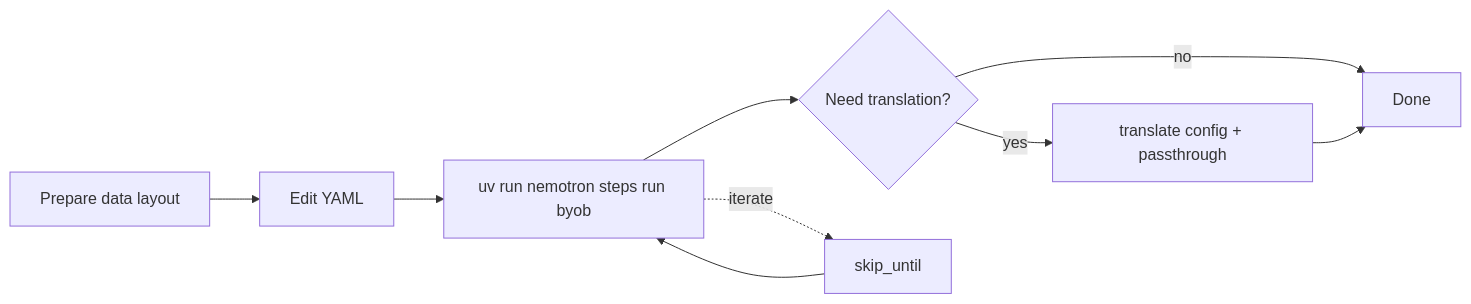
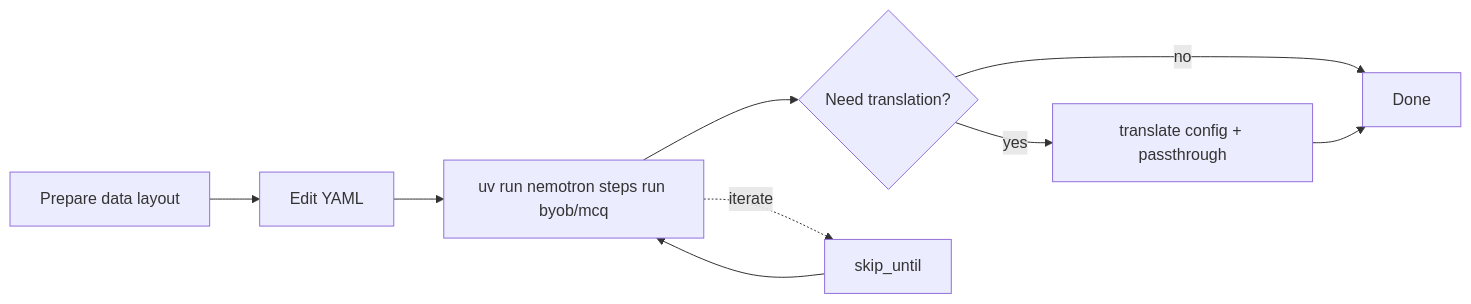
One commit to mikemckiernan/Nemotron changed the diagram in docs/build-benchmarks/how-to/index.md. Above: the diagram before and after it, drawn with Mermaid. The commit also changed other lines of this file and 76 other files, not shown here.

````diff
--- a/docs/build-benchmarks/how-to/index.md
+++ b/docs/build-benchmarks/how-to/index.md
@@ -79,11 +79,11 @@
 ```{mermaid}
 flowchart LR
     A[Prepare data layout] --> B[Edit YAML]
-    B --> C[uv run nemotron steps run byob]
+    B --> C[uv run nemotron steps run byob/mcq]
     C --> D{Need translation?}
     D -->|yes| E[translate config + passthrough]
     D -->|no| F[Done]
     E --> F
     C -.->|iterate| G[skip_until]
     G --> C
 ```
````
